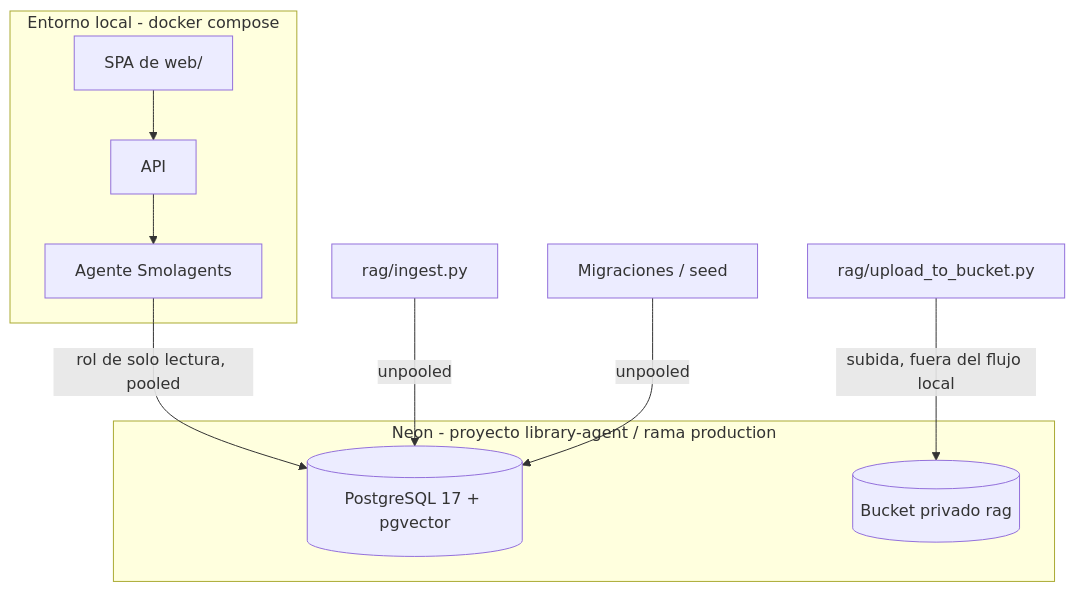
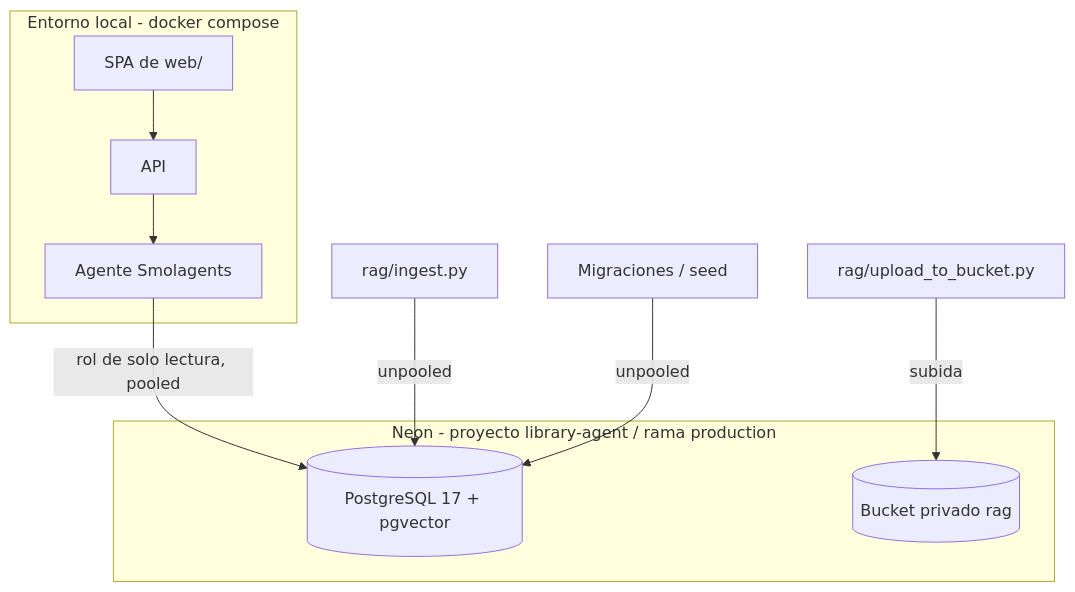
Before and after one commit to lucapierini/tp-topicos-g2-pipidu-library-agent: the diagram in openspec/changes/base-de-datos-neon/design.md, drawn with Mermaid. The commit also changed other lines of this file and 4 other files, not shown here.

````diff
--- a/openspec/changes/base-de-datos-neon/design.md
+++ b/openspec/changes/base-de-datos-neon/design.md
@@ -26,14 +26,14 @@
 ```mermaid
 flowchart TB
     subgraph LOCAL[Entorno local - docker compose]
         UI[SPA de web/] --> API[API] --> AGENT[Agente Smolagents]
     end
     subgraph NEON[Neon - proyecto library-agent / rama production]
         PG[(PostgreSQL 17 + pgvector)]
         BUCKET[(Bucket privado rag)]
     end
     AGENT -->|rol de solo lectura, pooled| PG
     INGEST[rag/ingest.py] -->|unpooled| PG
-    UPLOAD[rag/upload_to_bucket.py] -->|subida, fuera del flujo local| BUCKET
+    UPLOAD[rag/upload_to_bucket.py] -->|subida| BUCKET
     MIG[Migraciones / seed] -->|unpooled| PG
 ```
````
